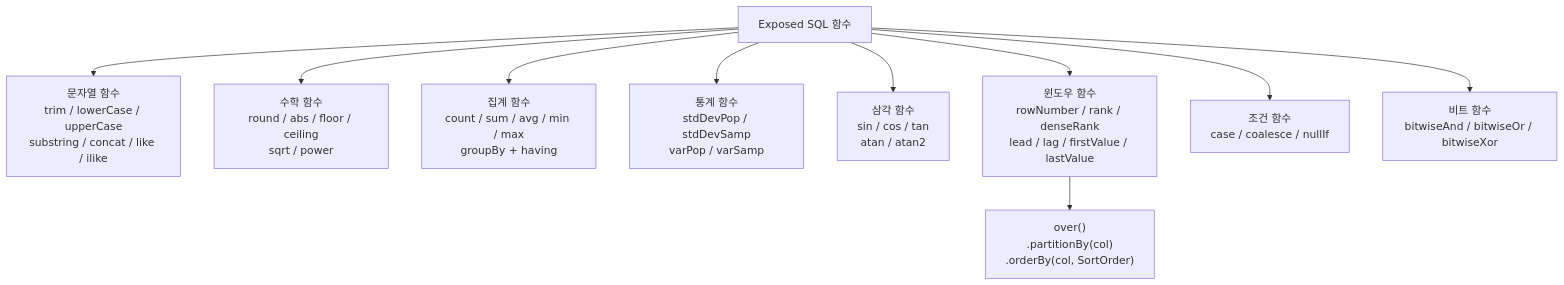
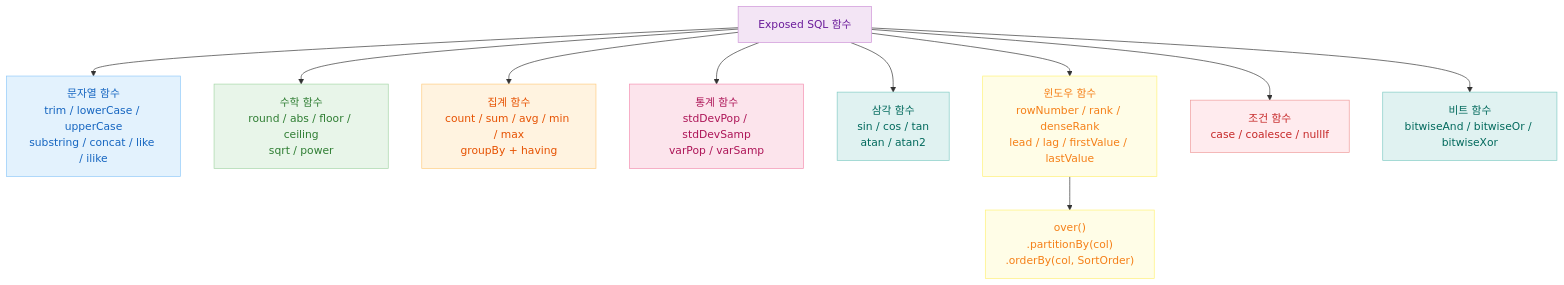
One commit to bluetape4k/exposed-workshop changed the first of 2 diagrams in 05-exposed-dml/03-functions/README.md. Above: the diagram before and after it, drawn with Mermaid. The commit also changed other lines of this file and 56 other files, not shown here.

First line of the commit message:
docs: 전체 README mermaid 다이어그램에 파스텔 톤 색상 적용

````diff
--- a/05-exposed-dml/03-functions/README.md
+++ b/05-exposed-dml/03-functions/README.md
@@ -18,13 +18,33 @@
 ```mermaid
 flowchart TD
     F["Exposed SQL 함수"] --> STR["문자열 함수\ntrim / lowerCase / upperCase\nsubstring / concat / like / ilike"]
     F --> MATH["수학 함수\nround / abs / floor / ceiling\nsqrt / power"]
     F --> AGG["집계 함수\ncount / sum / avg / min / max\ngroupBy + having"]
     F --> STAT["통계 함수\nstdDevPop / stdDevSamp\nvarPop / varSamp"]
     F --> TRIG["삼각 함수\nsin / cos / tan\natan / atan2"]
     F --> WIN["윈도우 함수\nrowNumber / rank / denseRank\nlead / lag / firstValue / lastValue"]
     F --> COND["조건 함수\ncase / coalesce / nullIf"]
     F --> BIT["비트 함수\nbitwiseAnd / bitwiseOr / bitwiseXor"]
 
     WIN --> OVER["over()\n.partitionBy(col)\n.orderBy(col, SortOrder)"]
+
+    classDef purple fill:#F3E5F5,stroke:#CE93D8,color:#6A1B9A
+    classDef blue fill:#E3F2FD,stroke:#90CAF9,color:#1565C0
+    classDef green fill:#E8F5E9,stroke:#A5D6A7,color:#2E7D32
+    classDef orange fill:#FFF3E0,stroke:#FFCC80,color:#E65100
+    classDef pink fill:#FCE4EC,stroke:#F48FB1,color:#AD1457
+    classDef teal fill:#E0F2F1,stroke:#80CBC4,color:#00695C
+    classDef yellow fill:#FFFDE7,stroke:#FFF176,color:#F57F17
+    classDef red fill:#FFEBEE,stroke:#EF9A9A,color:#C62828
+
+    class F purple
+    class STR blue
+    class MATH green
+    class AGG orange
+    class STAT pink
+    class TRIG teal
+    class WIN yellow
+    class COND red
+    class BIT teal
+    class OVER yellow
 ```
````
